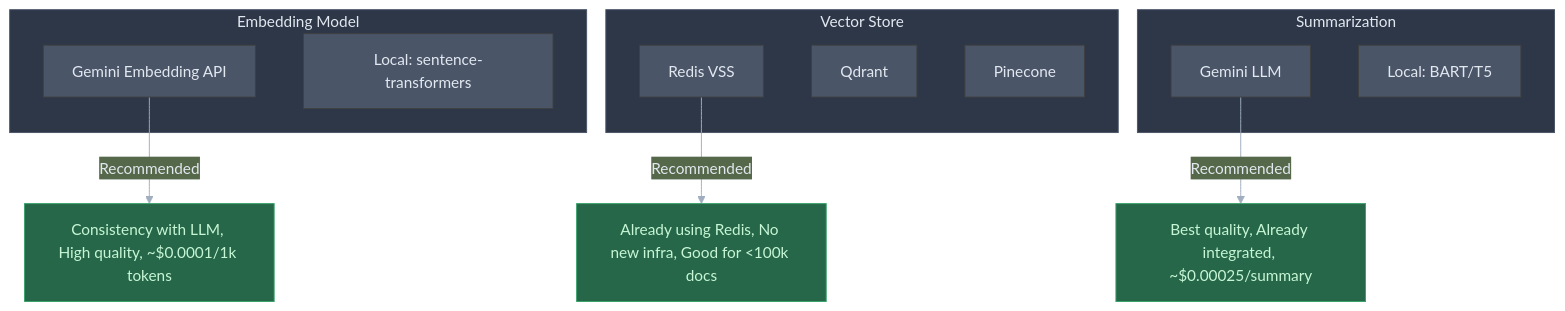
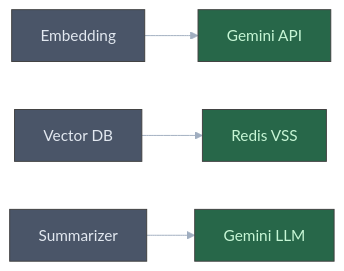
Before and after one commit to manumishra-zm/execution_plan: diagram 17 of 17 in chat_context/chat_context.md, drawn with Mermaid. The commit also changed other lines of this file, not shown here.

````diff
--- a/chat_context/chat_context.md
+++ b/chat_context/chat_context.md
@@ -958,30 +641,10 @@
 ```mermaid
 %%{init: {'theme': 'base', 'themeVariables': { 'primaryColor': '#4a5568', 'primaryTextColor': '#e2e8f0', 'lineColor': '#a0aec0'}}}%%
-flowchart TD
-    subgraph Embedding["Embedding Model"]
-        E1[Gemini Embedding API]
-        E2["Local: sentence-transformers"]
-    end
-
-    subgraph Vector["Vector Store"]
-        V1[Redis VSS]
-        V2[Qdrant]
-        V3[Pinecone]
-    end
-
-    subgraph Summary["Summarization"]
-        S1[Gemini LLM]
-        S2["Local: BART/T5"]
-    end
-
-    E1 -->|"Recommended"| REC1["Consistency with LLM, High quality, ~$0.0001/1k tokens"]
-    V1 -->|"Recommended"| REC2["Already using Redis, No new infra, Good for <100k docs"]
-    S1 -->|"Recommended"| REC3["Best quality, Already integrated, ~$0.00025/summary"]
-
-    style REC1 fill:#276749,color:#c6f6d5,stroke:#38a169
-    style REC2 fill:#276749,color:#c6f6d5,stroke:#38a169
-    style REC3 fill:#276749,color:#c6f6d5,stroke:#38a169
-    style Embedding fill:#2d3748,color:#e2e8f0,stroke:#4a5568
-    style Vector fill:#2d3748,color:#e2e8f0,stroke:#4a5568
-    style Summary fill:#2d3748,color:#e2e8f0,stroke:#4a5568
+flowchart LR
+    E[Embedding] --> E1[Gemini API]
+    V[Vector DB] --> V1[Redis VSS]
+    S[Summarizer] --> S1[Gemini LLM]
+    style E1 fill:#276749,color:#c6f6d5
+    style V1 fill:#276749,color:#c6f6d5
+    style S1 fill:#276749,color:#c6f6d5
 ```
````
